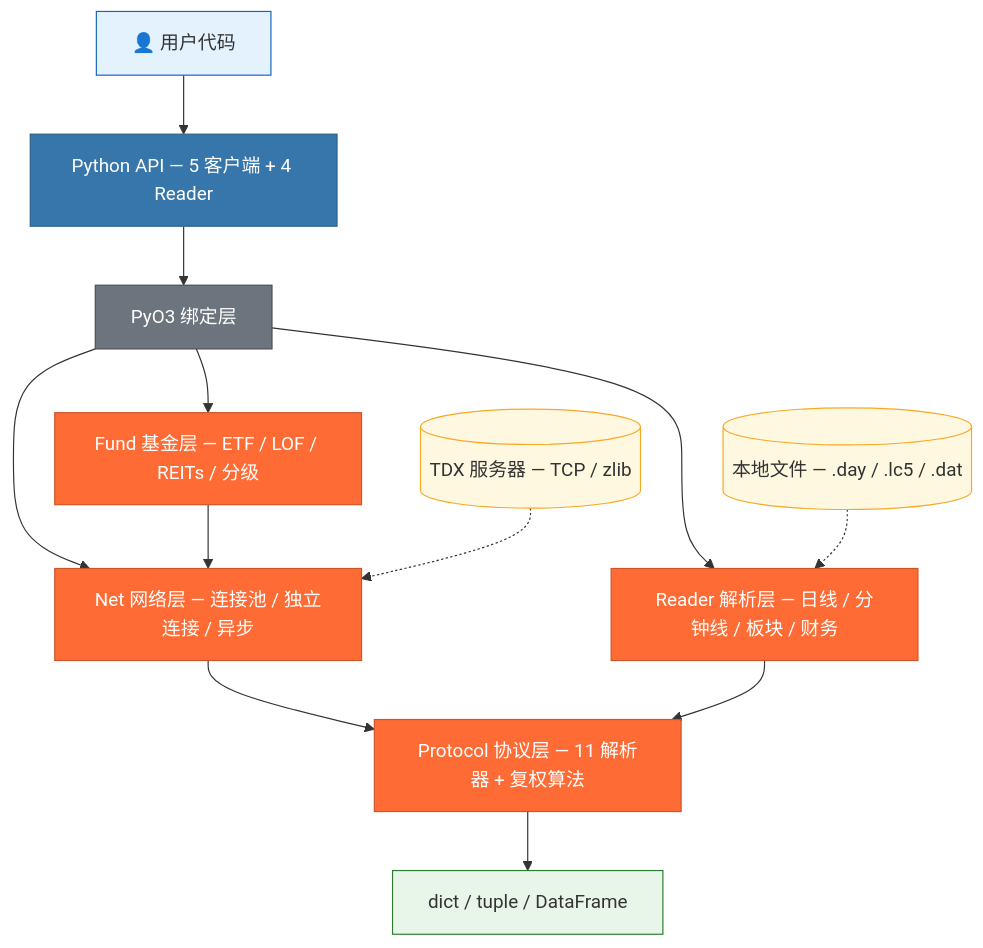
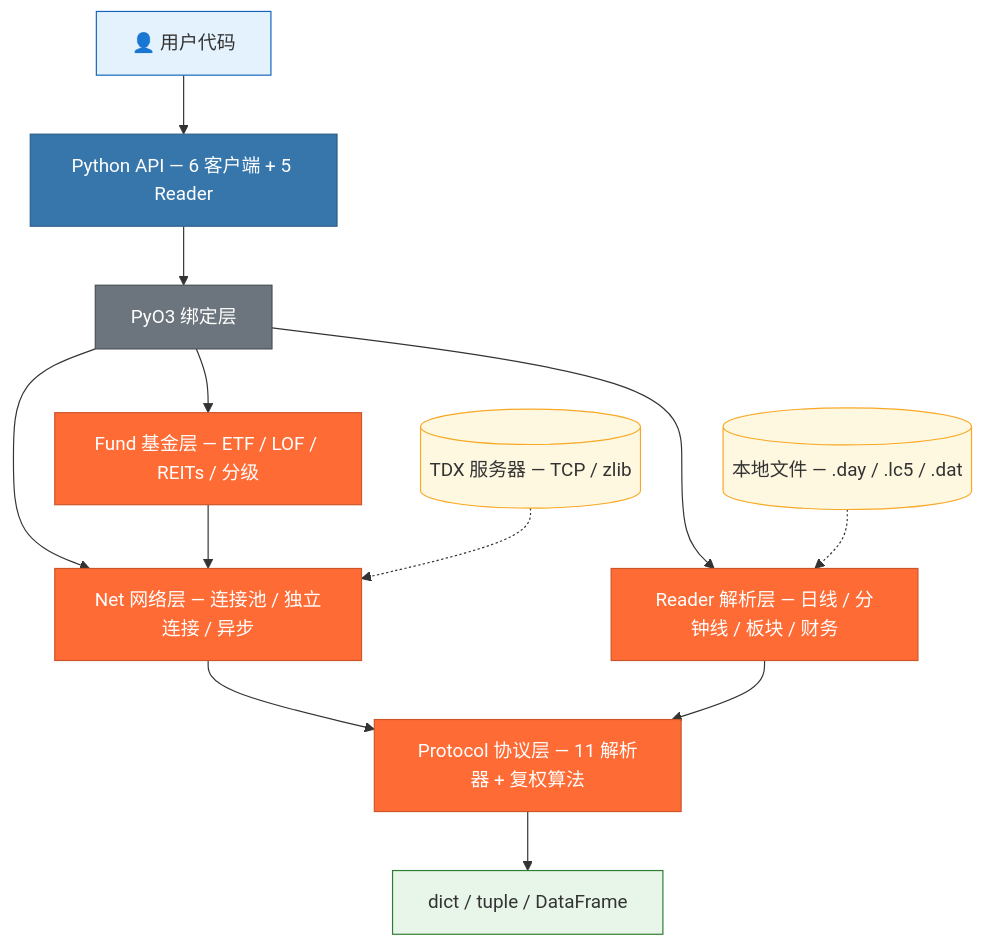
The diagram in README.md (jipings/tdxrs), drawn with Mermaid before and after one commit. The commit also changed other lines of this file and 1 other file, not shown here.

````diff
--- a/README.md
+++ b/README.md
@@ -312,29 +327,29 @@
 ```mermaid
 flowchart TD
-    U["👤 用户代码"] --> API["Python API — 5 客户端 + 4 Reader"]
+    U["👤 用户代码"] --> API["Python API — 6 客户端 + 5 Reader"]
     API --> B["PyO3 绑定层"]
     B --> NET["Net 网络层 — 连接池 / 独立连接 / 异步"]
     B --> RDR["Reader 解析层 — 日线 / 分钟线 / 板块 / 财务"]
     B --> FUND["Fund 基金层 — ETF / LOF / REITs / 分级"]
     NET --> P["Protocol 协议层 — 11 解析器 + 复权算法"]
     RDR --> P
     FUND --> NET
     P --> OUT1["dict / tuple / DataFrame"]
 
     S1[("TDX 服务器 — TCP / zlib")] -.-> NET
     S2[("本地文件 — .day / .lc5 / .dat")] -.-> RDR
 
     classDef user fill:#E3F2FD,stroke:#1565C0,color:#333
     classDef api fill:#3776AB,stroke:#2D5F8A,color:#fff
     classDef bind fill:#6C757D,stroke:#495057,color:#fff
     classDef core fill:#FF6B35,stroke:#CC5529,color:#fff
     classDef out fill:#E8F5E9,stroke:#2E7D32,color:#333
     classDef src fill:#FFF8E1,stroke:#F9A825,color:#333
 
     class U user
     class API api
     class B bind
     class NET,RDR,P,FUND core
     class OUT1 out
     class S1,S2 src
 ```
````
